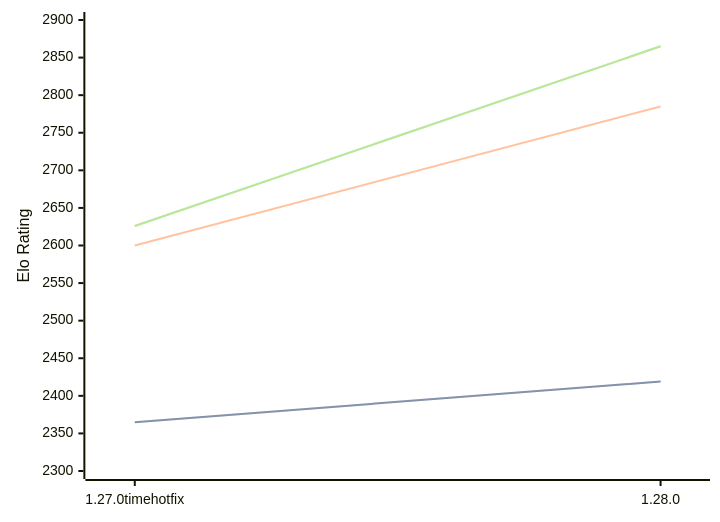
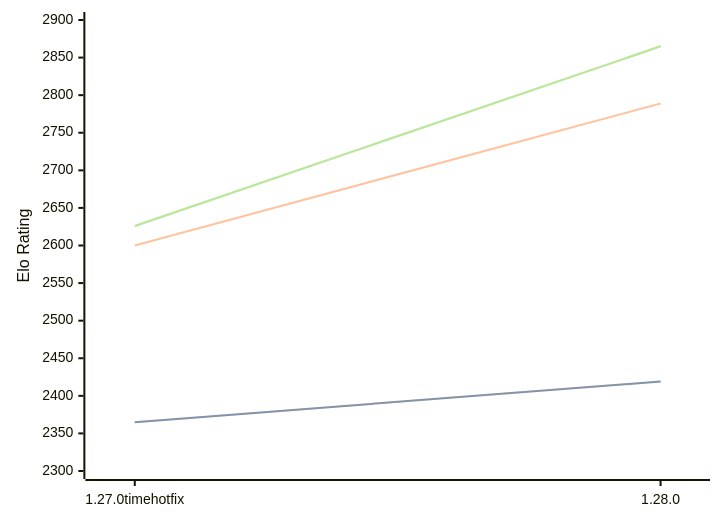
Before and after one commit to computer-chess-index/cci: the diagram in engines/Aurora.md, drawn with Mermaid. The commit also changed other lines of this file, not shown here.

````diff
--- a/engines/Aurora.md
+++ b/engines/Aurora.md
@@ -33,11 +33,11 @@
 ```mermaid
 %%{init: {"theme":"base","themeVariables":{"seriesColors:['#a3a3a3','#222221','#faa371']}}}%%
 xychart-beta
   x-axis ["1.27.0timehotfix", "1.28.0"]
   y-axis "Elo Rating" 2300 --> 2900
   line "" [2365, 2419]
   line "STC (8.0+0.08s)" [2365, 2419]
-  line "LTC (60.0+0.60s)" [2600, 2785]
+  line "LTC (60.0+0.60s)" [2600, 2789]
   line "" [2626, 2865]
   line "VLTC (2m24s+1.12s)" [2626, 2865]
 ```
````
